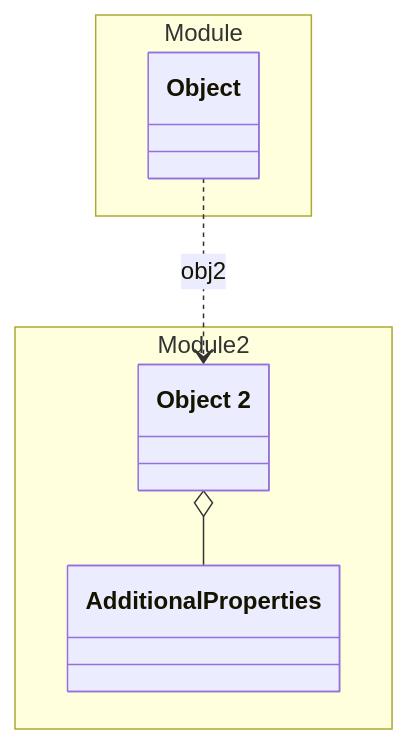
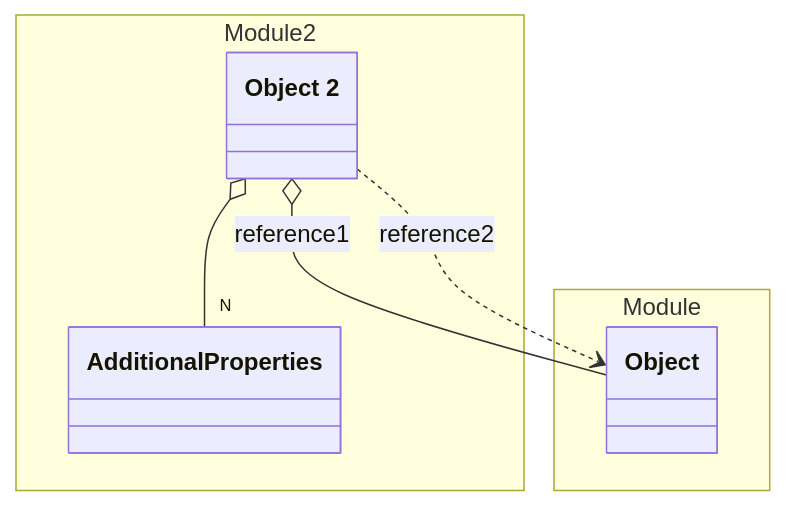
One commit to lizzyTheLizard/domain-schema-documentation changed the diagram in tests/java/expected/Module2/README.md. Above: the diagram before and after it, drawn with Mermaid. The commit also changed other lines of this file and 109 other files, not shown here.

````diff
--- a/tests/java/expected/Module2/README.md
+++ b/tests/java/expected/Module2/README.md
@@ -7,15 +7,16 @@
 ```mermaid
 classDiagram
 namespace Module 2 {
   class _Module2_Object2_yaml["Object 2"]
   class AdditionalProperties["AdditionalProperties"]
 }
 namespace Module {
   class _Module_Object_yaml["Object"]
 }
-_Module_Object_yaml ..> _Module2_Object2_yaml :obj2
-_Module2_Object2_yaml o-- AdditionalProperties 
+_Module2_Object2_yaml o-- _Module_Object_yaml :reference1
+_Module2_Object2_yaml ..> _Module_Object_yaml :reference2
+_Module2_Object2_yaml o--" N" AdditionalProperties 
 click _Module2_Object2_yaml href "./Object2.yaml.html" "Object 2"
 click AdditionalProperties href "./Object2.yaml.html" "Object 2"
 click _Module_Object_yaml href "../Module/Object.yaml.html" "Object"
 ```
````
